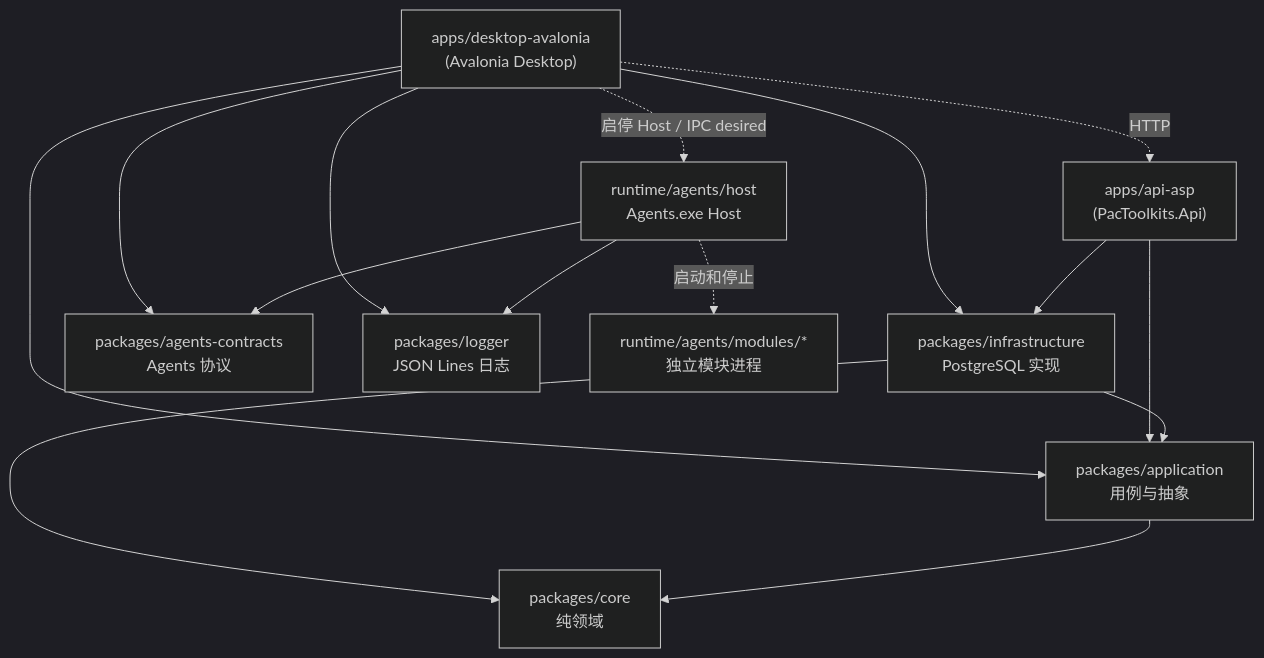
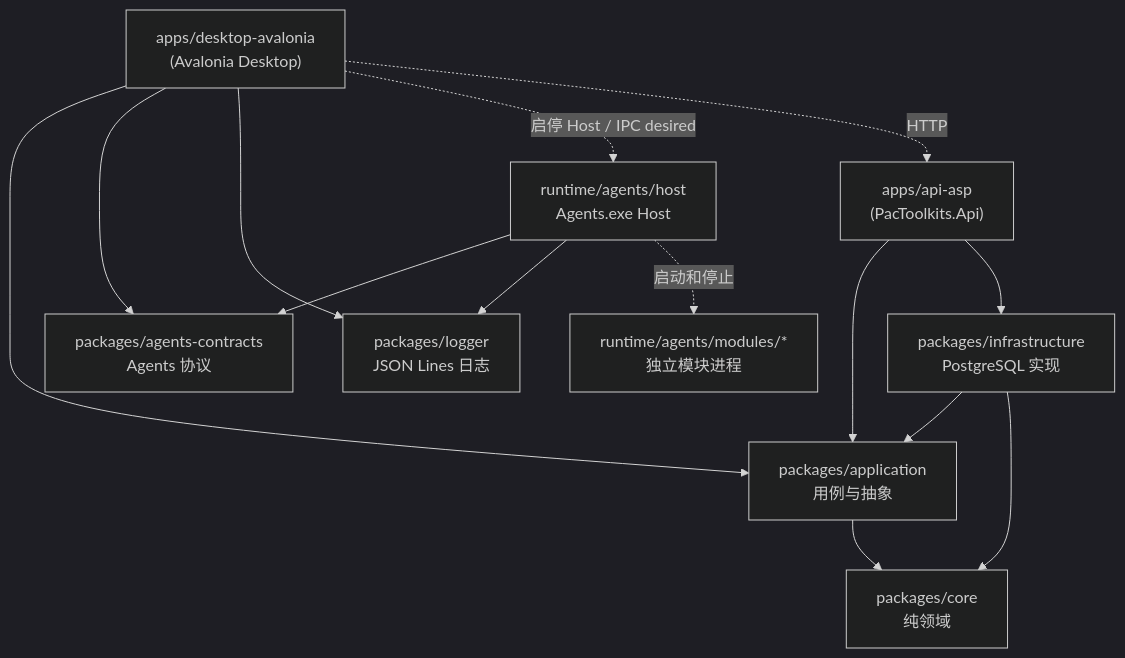
Before and after one commit to pacmandoh/pactoolkits: the diagram in docs/architecture/layering.md, drawn with Mermaid (dark theme). The commit also changed other lines of this file and 16 other files, not shown here.

````diff
--- a/docs/architecture/layering.md
+++ b/docs/architecture/layering.md
@@ -7,27 +7,26 @@
 ```mermaid
 flowchart TB
     DESKTOP["apps/desktop-avalonia\n(Avalonia Desktop)"]
     API["apps/api-asp\n(PacToolkits.Api)"]
     APP["packages/application\n用例与抽象"]
     INF["packages/infrastructure\nPostgreSQL 实现"]
     CORE["packages/core\n纯领域"]
     AGENT["packages/agents-contracts\nAgents 协议"]
     LOGGER["packages/logger\nJSON Lines 日志"]
     HOST["runtime/agents/host\nAgents.exe Host"]
     MODULE["runtime/agents/modules/*\n独立模块进程"]
 
     DESKTOP --> APP
-    DESKTOP --> INF
     DESKTOP --> AGENT
     DESKTOP --> LOGGER
     API --> APP
     API --> INF
     HOST --> AGENT
     HOST --> LOGGER
     INF --> APP
     INF --> CORE
     APP --> CORE
     DESKTOP -.->|启停 Host / IPC desired| HOST
     DESKTOP -.->|HTTP| API
     HOST -.->|启动和停止| MODULE
 ```
````
